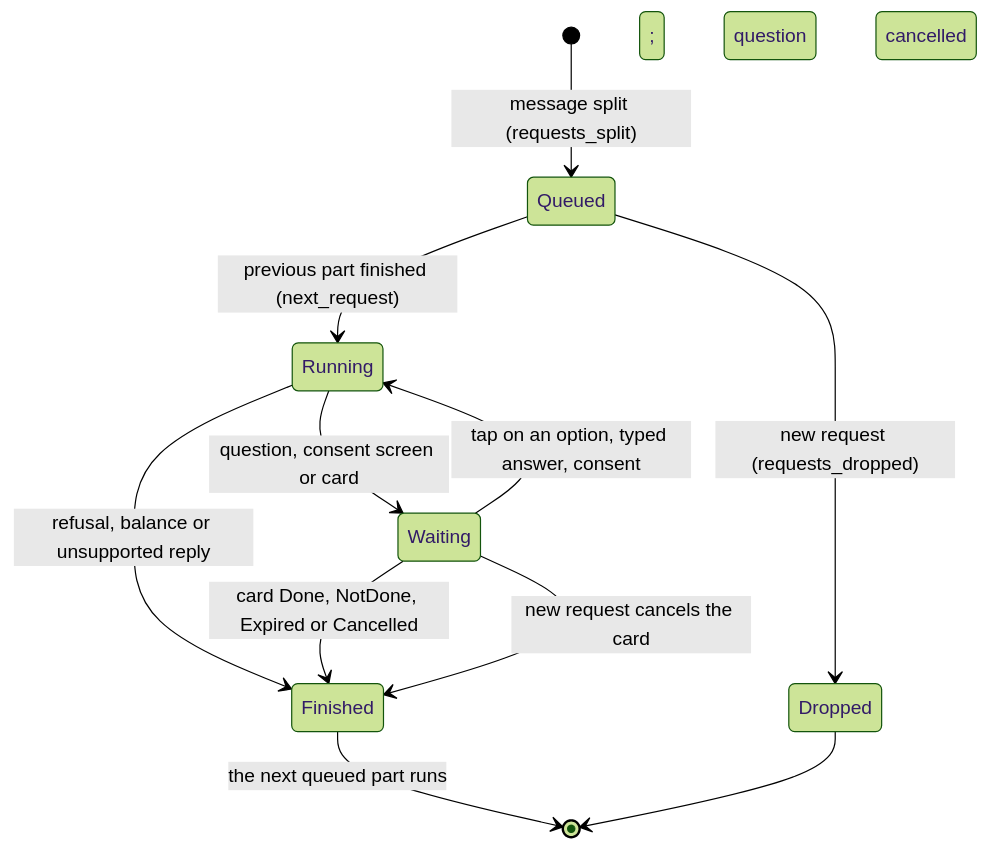
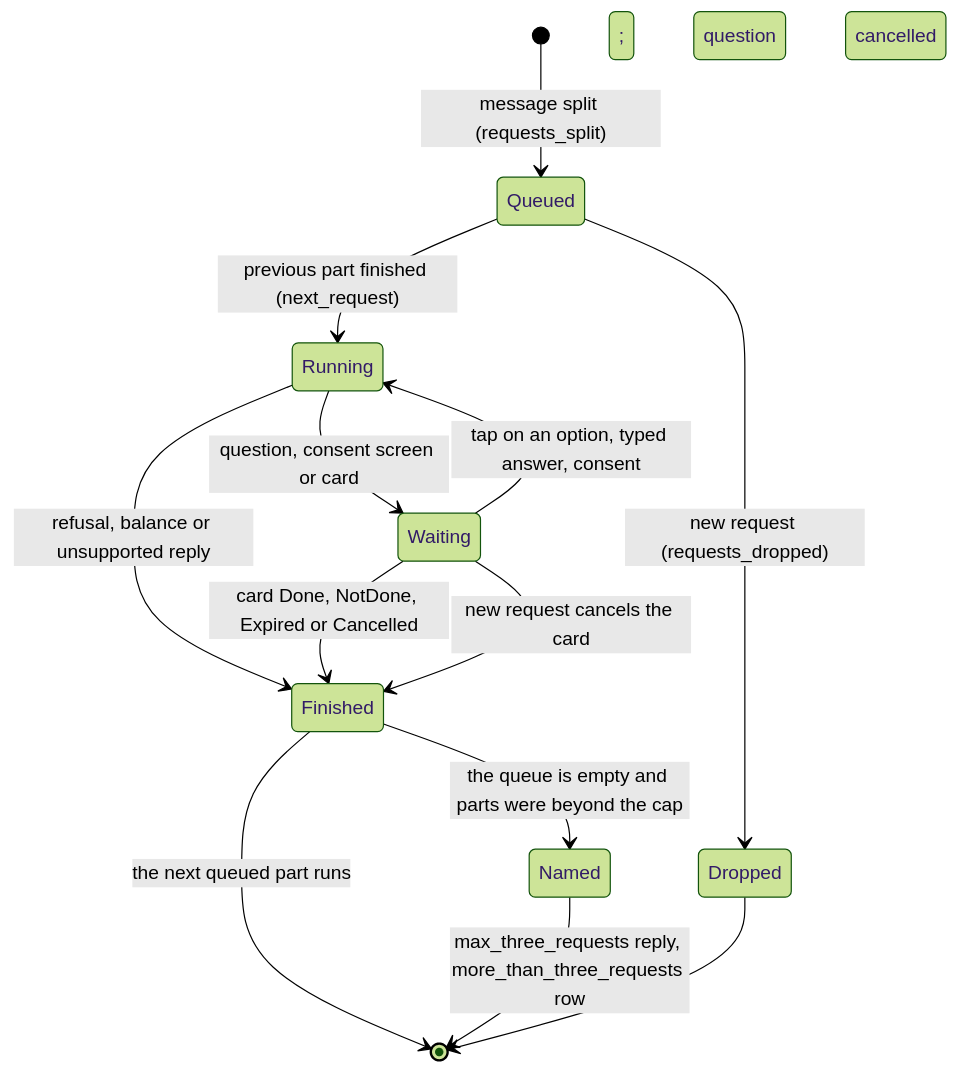
Before and after one commit to Khalil-Alhadidi/Naqoli: diagram 14 of 22 in docs/agent-core.md, drawn with Mermaid (forest theme). The commit also changed other lines of this file and 21 other files, not shown here.

Commit message:
feat(core): the cap from Agent:MaxRequestsPerMessage (rule 22): the rest are named under the last prepared card and logged more_than_three_requests; Confirm and Cancel name their card, a tap for a card no longer shown is already_handled

````diff
--- a/docs/agent-core.md
+++ b/docs/agent-core.md
@@ -633,13 +641,15 @@
 ```mermaid
 stateDiagram-v2
     [*] --> Queued: message split (requests_split)
     Queued --> Running: previous part finished (next_request)
     Queued --> Dropped: new request (requests_dropped)
     Running --> Finished: refusal, balance or unsupported reply
     Running --> Waiting: question, consent screen or card
     Waiting --> Running: tap on an option, typed answer, consent
     Waiting --> Finished: card Done, NotDone, Expired or Cancelled; question cancelled
     Waiting --> Finished: new request cancels the card
     Finished --> [*]: the next queued part runs
+    Finished --> Named: the queue is empty and parts were beyond the cap
+    Named --> [*]: max_three_requests reply, more_than_three_requests row
     Dropped --> [*]
 ```
````
